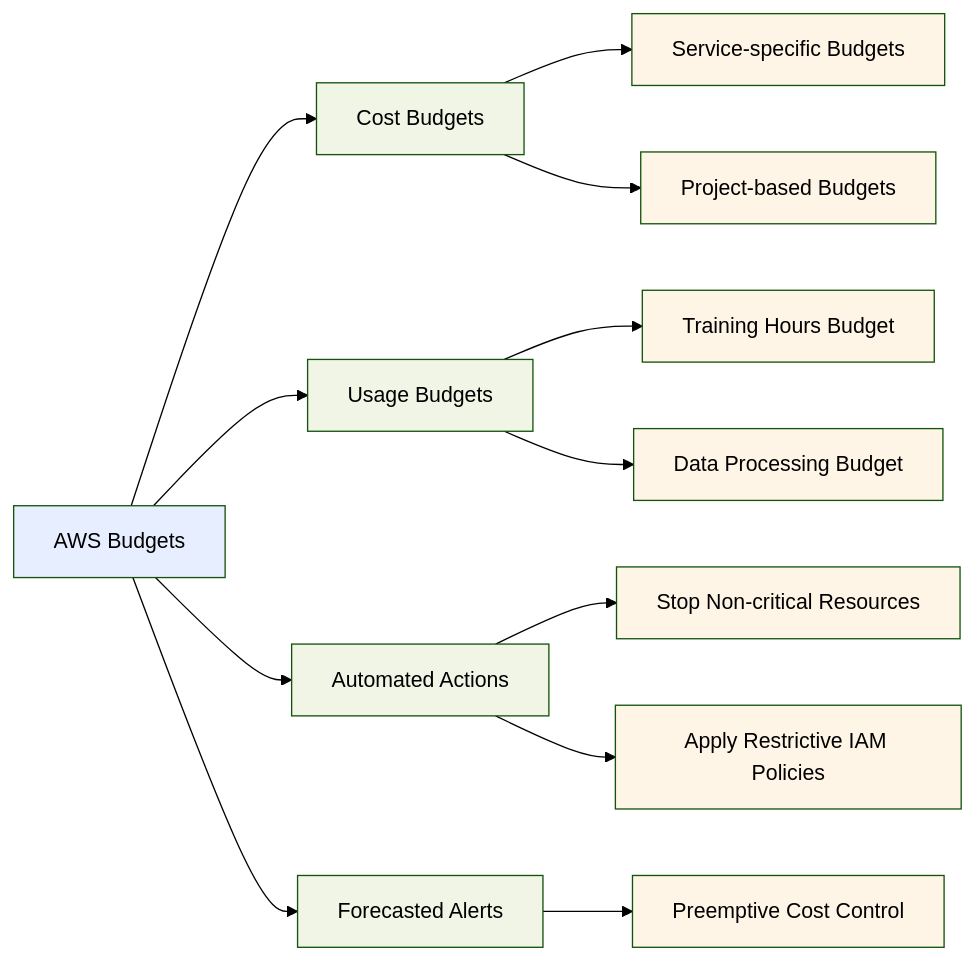
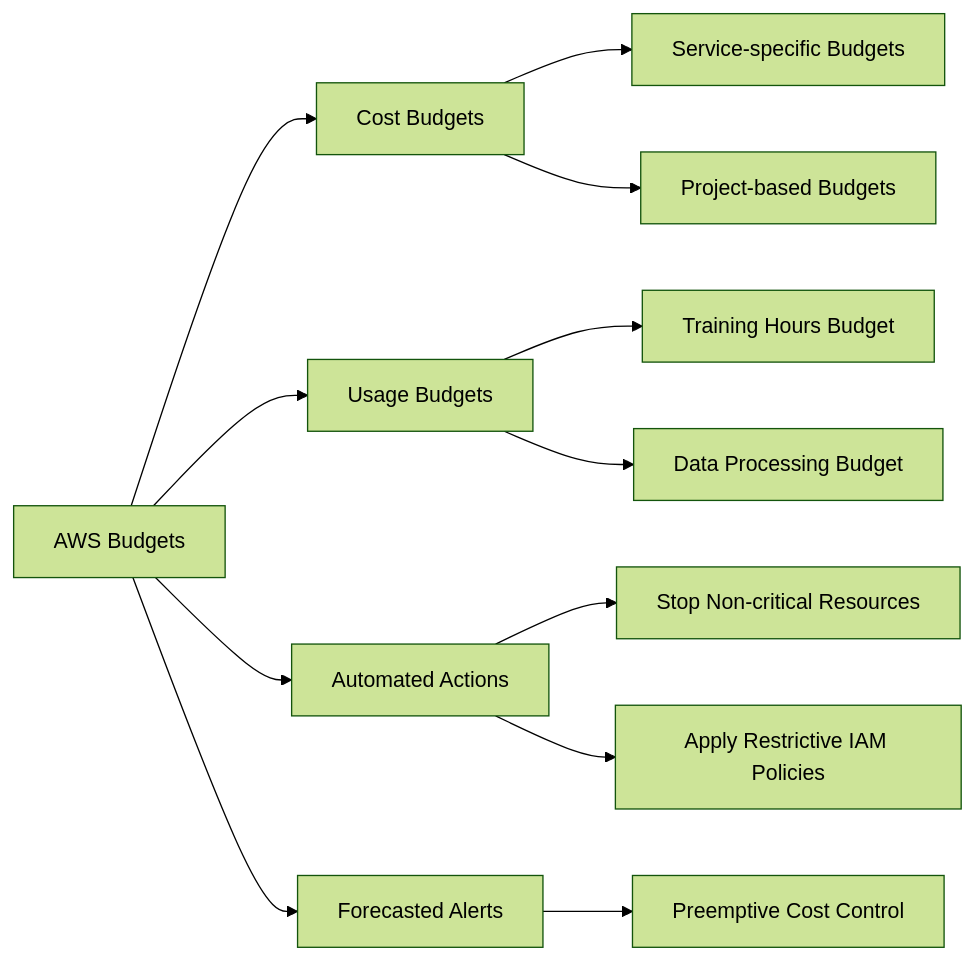
The fifth of 5 diagrams in english/60_20_AWS Pricing and Cost Optimization for AI.md (CloudCityPress/aws-aif-c01), drawn with Mermaid (forest theme) before and after one commit. The commit also changed other lines of this file and 16 other files, not shown here.

Commit message:
updating Mermaids

````diff
--- a/english/60_20_AWS Pricing and Cost Optimization for AI.md
+++ b/english/60_20_AWS Pricing and Cost Optimization for AI.md
@@ -266,26 +220,15 @@
 ```mermaid
 flowchart LR
     A[AWS Budgets] --> B[Cost Budgets]
     A --> C[Usage Budgets]
     A --> D[Automated Actions]
     A --> E[Forecasted Alerts]
     B --> F[Service-specific Budgets]
     B --> G[Project-based Budgets]
     C --> H[Training Hours Budget]
     C --> I[Data Processing Budget]
     D --> J[Stop Non-critical Resources]
     D --> K[Apply Restrictive IAM Policies]
     E --> L[Preemptive Cost Control]
-    style A fill:#e6eeff
-    style B fill:#f0f5e6
-    style C fill:#f0f5e6
-    style D fill:#f0f5e6
-    style E fill:#f0f5e6
-    style F fill:#fff5e6
-    style G fill:#fff5e6
-    style H fill:#fff5e6
-    style I fill:#fff5e6
-    style J fill:#fff5e6
-    style K fill:#fff5e6
-    style L fill:#fff5e6
+
 ```
````
